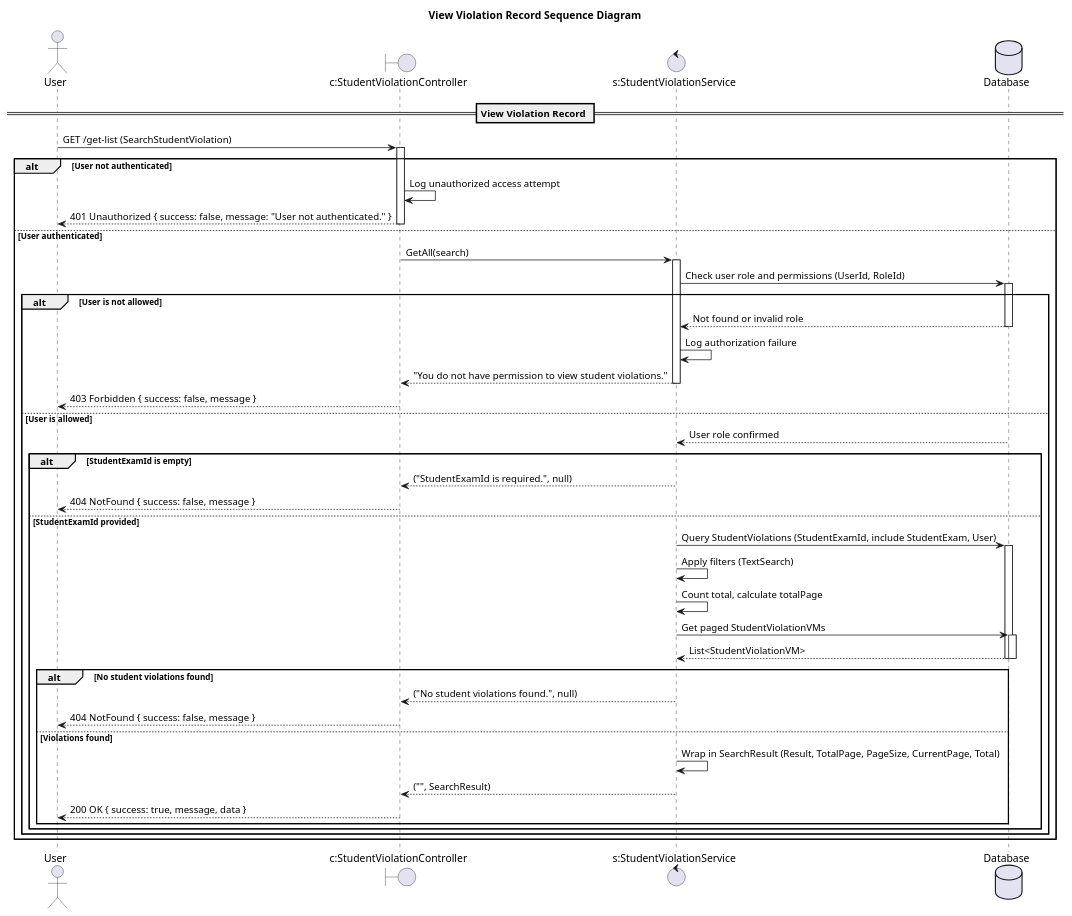
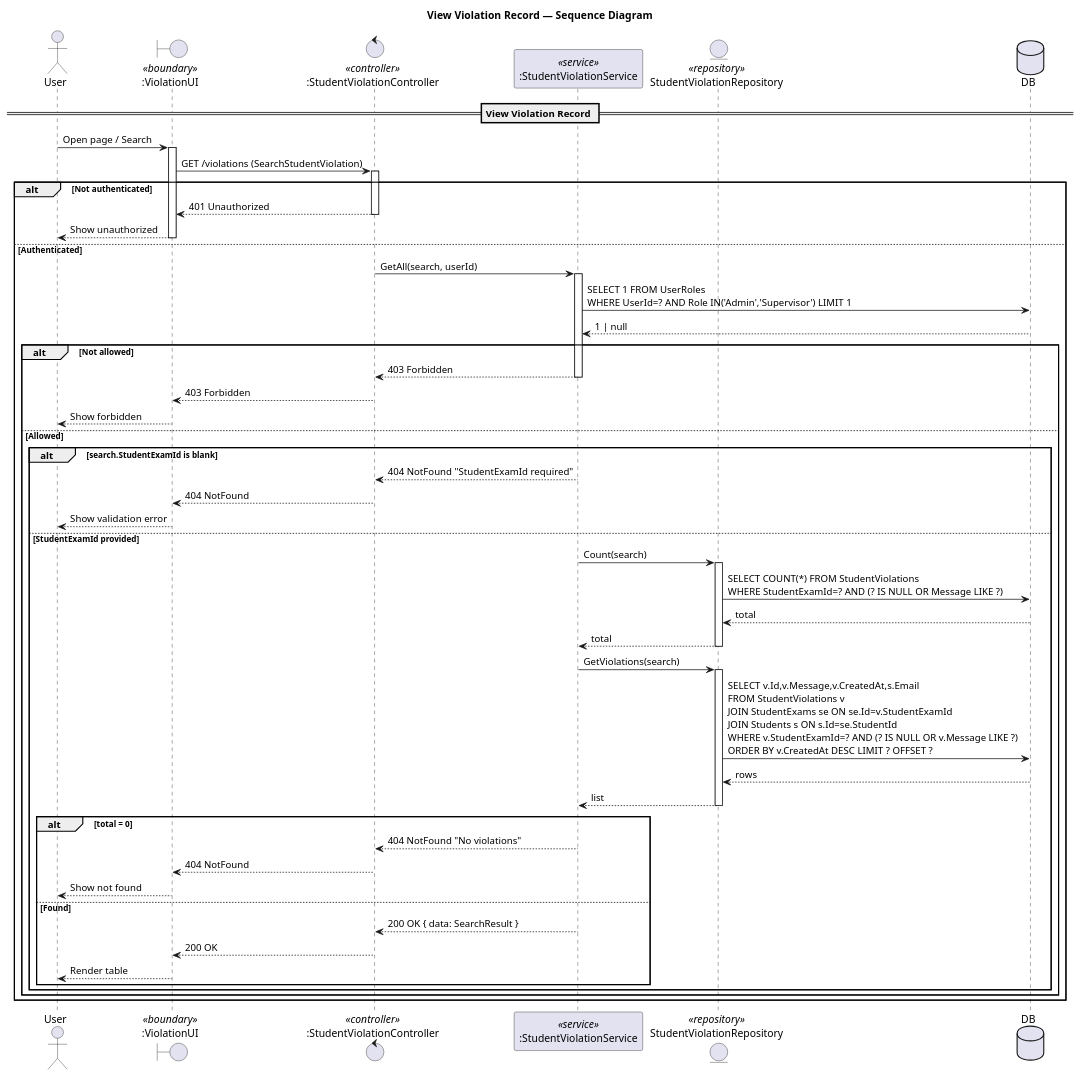
The diagram in design/viewviolationrecordsequencediagram.puml (conghoan1211/AI-Kiosk-Testing-system), drawn with PlantUML before and after one commit. The commit also changed 774 other files, not shown here.

```diff
--- a/design/viewviolationrecordsequencediagram.puml
+++ b/design/viewviolationrecordsequencediagram.puml
@@ -1,67 +1,84 @@
 @startuml
-
-title View Violation Record Sequence Diagram
+title View Violation Record — Sequence Diagram
 
 actor "User" as Client
-boundary "c:StudentViolationController" as Controller
-control "s:StudentViolationService" as Service
-database "Database" as DB
+boundary ":ViolationUI" as UI <<boundary>>
+control ":StudentViolationController" as Controller <<controller>>
+participant ":StudentViolationService" as Service <<service>>
+entity "StudentViolationRepository" as ViolRepo <<repository>>
+database "DB"
 
 == View Violation Record ==
 
-Client -> Controller: GET /get-list (SearchStudentViolation)
+Client -> UI: Open page / Search
+activate UI
+UI -> Controller: GET /violations (SearchStudentViolation)
 activate Controller
 
-alt User not authenticated
-    Controller -> Controller: Log unauthorized access attempt
-    Controller --> Client: 401 Unauthorized { success: false, message: "User not authenticated." }
+alt Not authenticated
+  Controller --> UI: 401 Unauthorized
+  deactivate Controller
+  UI --> Client: Show unauthorized
+  deactivate UI
+
+else Authenticated
+  Controller -> Service: GetAll(search, userId)
+  activate Service
+
+  ' --- Auth (short SQL) ---
+  Service -> DB: SELECT 1 FROM UserRoles\nWHERE UserId=? AND Role IN('Admin','Supervisor') LIMIT 1
+  DB --> Service: 1 | null
+
+  alt Not allowed
+    Service --> Controller: 403 Forbidden
+    deactivate Service
+    Controller --> UI: 403 Forbidden
     deactivate Controller
-else User authenticated
-    Controller -> Service: GetAll(search)
-    activate Service
+    UI --> Client: Show forbidden
+    deactivate UI
 
-    Service -> DB: Check user role and permissions (UserId, RoleId)
-    activate DB
-    alt User is not allowed
-        DB --> Service: Not found or invalid role
-        deactivate DB
-        Service -> Service: Log authorization failure
-        Service --> Controller: "You do not have permission to view student violations."
+  else Allowed
+    alt search.StudentExamId is blank
+      Service --> Controller: 404 NotFound "StudentExamId required"
+      deactivate Service
+      Controller --> UI: 404 NotFound
+      deactivate Controller
+      UI --> Client: Show validation error
+      deactivate UI
+
+    else StudentExamId provided
+      ' --- Count ---
+      Service -> ViolRepo: Count(search)
+      activate ViolRepo
+      ViolRepo -> DB: SELECT COUNT(*) FROM StudentViolations\nWHERE StudentExamId=? AND (? IS NULL OR Message LIKE ?)
+      DB --> ViolRepo: total
+      ViolRepo --> Service: total
+      deactivate ViolRepo
+
+      ' --- Page data ---
+      Service -> ViolRepo: GetViolations(search)
+      activate ViolRepo
+      ViolRepo -> DB: SELECT v.Id,v.Message,v.CreatedAt,s.Email\nFROM StudentViolations v\nJOIN StudentExams se ON se.Id=v.StudentExamId\nJOIN Students s ON s.Id=se.StudentId\nWHERE v.StudentExamId=? AND (? IS NULL OR v.Message LIKE ?)\nORDER BY v.CreatedAt DESC LIMIT ? OFFSET ?
+      DB --> ViolRepo: rows
+      ViolRepo --> Service: list
+      deactivate ViolRepo
+
+      alt total = 0
+        Service --> Controller: 404 NotFound "No violations"
         deactivate Service
-        Controller --> Client: 403 Forbidden { success: false, message }
+        Controller --> UI: 404 NotFound
         deactivate Controller
-    else User is allowed
-        DB --> Service: User role confirmed
-        deactivate DB
-
-        alt StudentExamId is empty
-            Service --> Controller: ("StudentExamId is required.", null)
-            deactivate Service
-            Controller --> Client: 404 NotFound { success: false, message }
-            deactivate Controller
-        else StudentExamId provided
-            Service -> DB: Query StudentViolations (StudentExamId, include StudentExam, User)
-            activate DB
-            Service -> Service: Apply filters (TextSearch)
-            Service -> Service: Count total, calculate totalPage
-            Service -> DB: Get paged StudentViolationVMs
-            activate DB
-            DB --> Service: List<StudentViolationVM>
-            deactivate DB
-            alt No student violations found
-                Service --> Controller: ("No student violations found.", null)
-                deactivate Service
-                Controller --> Client: 404 NotFound { success: false, message }
-                deactivate Controller
-            else Violations found
-                Service -> Service: Wrap in SearchResult (Result, TotalPage, PageSize, CurrentPage, Total)
-                Service --> Controller: ("", SearchResult)
-                deactivate Service
-                Controller --> Client: 200 OK { success: true, message, data }
-                deactivate Controller
-            end alt
-        end alt
-    end alt
-end alt
-
-@enduml 
+        UI --> Client: Show not found
+        deactivate UI
+      else Found
+        Service --> Controller: 200 OK { data: SearchResult }
+        deactivate Service
+        Controller --> UI: 200 OK
+        deactivate Controller
+        UI --> Client: Render table
+        deactivate UI
+      end
+    end
+  end
+end
+@enduml
```
